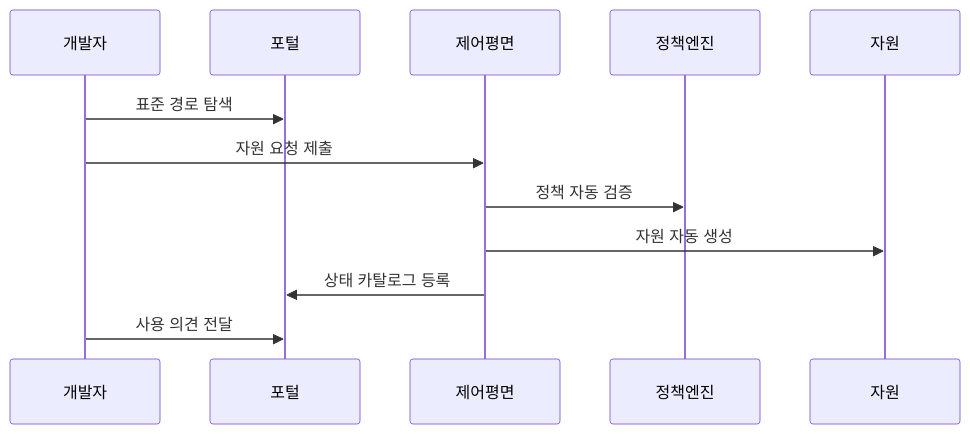
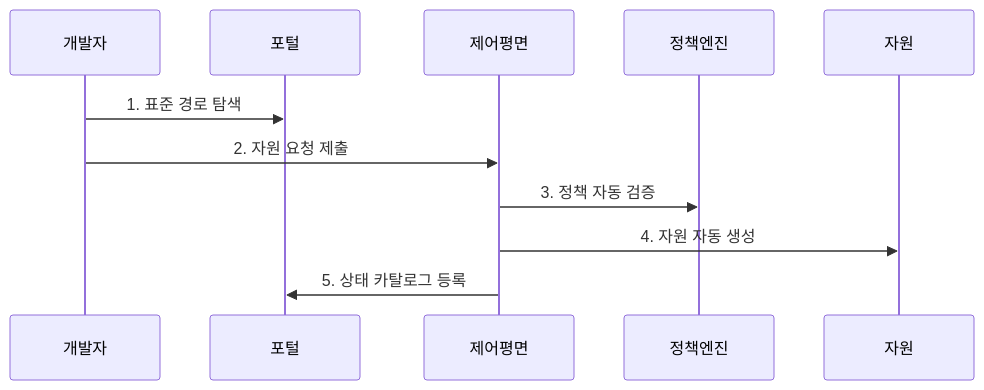
One commit to agnusdei1207/knowledge-base changed the second of 2 diagrams in src/content/docs/notes/03-software/216_platform_engineering_self_service.md. Above: the diagram before and after it, drawn with Mermaid. The commit also changed other lines of this file and 20 other files, not shown here.

````diff
--- a/src/content/docs/notes/03-software/216_platform_engineering_self_service.md
+++ b/src/content/docs/notes/03-software/216_platform_engineering_self_service.md
@@ -80,14 +82,14 @@
 ```mermaid
 sequenceDiagram
     participant 개발자
     participant 포털
     participant 제어평면
     participant 정책엔진
     participant 자원
-    개발자->>포털: 표준 경로 탐색
-    개발자->>제어평면: 자원 요청 제출
-    제어평면->>정책엔진: 정책 자동 검증
-    제어평면->>자원: 자원 자동 생성
-    제어평면->>포털: 상태 카탈로그 등록
-    개발자->>포털: 사용 의견 전달
+    개발자->>포털: 1. 표준 경로 탐색
+    개발자->>제어평면: 2. 자원 요청 제출
+    제어평면->>정책엔진: 3. 정책 자동 검증
+    제어평면->>자원: 4. 자원 자동 생성
+    제어평면->>포털: 5. 상태 카탈로그 등록
+
 ```
````
